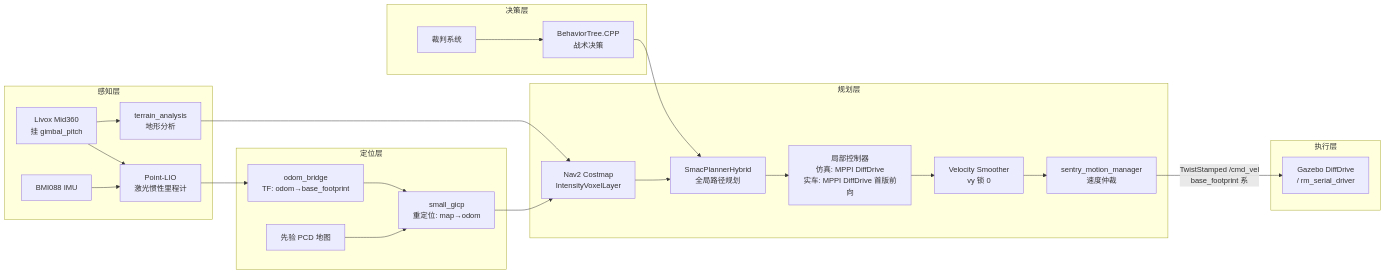
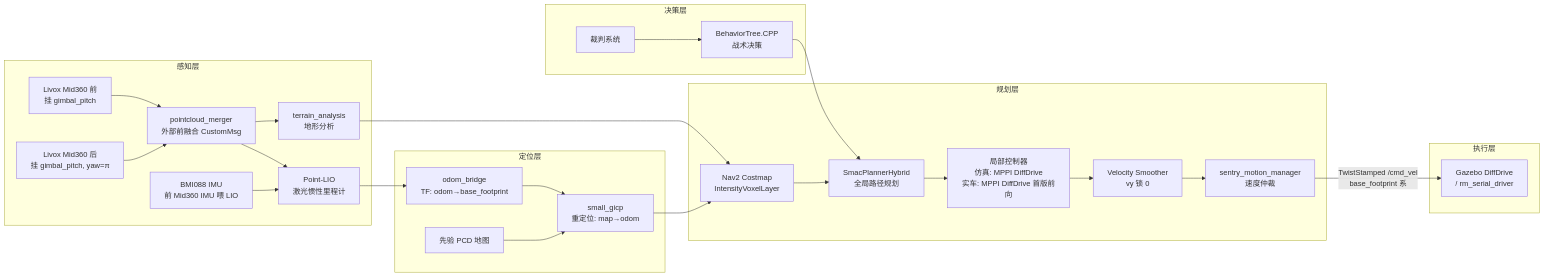
One commit to Boombroke/Sentry26 changed the diagram in README.md. Above: the diagram before and after it, drawn with Mermaid. The commit also changed other lines of this file and 6 other files, not shown here.

````diff
--- a/README.md
+++ b/README.md
@@ -12,32 +12,34 @@
 ```mermaid
 graph LR
     subgraph 感知层
-        LiDAR[Livox Mid360<br/>挂 gimbal_pitch] --> PL[Point-LIO<br/>激光惯性里程计]
-        IMU[BMI088 IMU] --> PL
-        LiDAR --> TA[terrain_analysis<br/>地形分析]
+        FL[Livox Mid360 前<br/>挂 gimbal_pitch] --> MG[pointcloud_merger<br/>外部前融合 CustomMsg]
+        BL[Livox Mid360 后<br/>挂 gimbal_pitch, yaw=π] --> MG
+        MG --> PL[Point-LIO<br/>激光惯性里程计]
+        IMU[BMI088 IMU<br/>前 Mid360 IMU 喂 LIO] --> PL
+        MG --> TA[terrain_analysis<br/>地形分析]
     end
 
     subgraph 定位层
         PL --> OB[odom_bridge<br/>TF: odom→base_footprint]
         PCD[先验 PCD 地图] --> GICP[small_gicp<br/>重定位: map→odom]
         OB --> GICP
     end
 
     subgraph 规划层
         GICP --> CM[Nav2 Costmap<br/>IntensityVoxelLayer]
         TA --> CM
         CM --> GP[SmacPlannerHybrid<br/>全局路径规划]
         GP --> LP[局部控制器<br/>仿真: MPPI DiffDrive<br/>实车: MPPI DiffDrive 首版前向]
         LP --> VS[Velocity Smoother<br/>vy 锁 0]
         VS --> MM[sentry_motion_manager<br/>速度仲裁]
     end
 
     subgraph 决策层
         REF[裁判系统] --> BT[BehaviorTree.CPP<br/>战术决策]
         BT --> GP
     end
 
     subgraph 执行层
         MM -->|TwistStamped /cmd_vel<br/>base_footprint 系| SER[Gazebo DiffDrive<br/>/ rm_serial_driver]
     end
 ```
````
